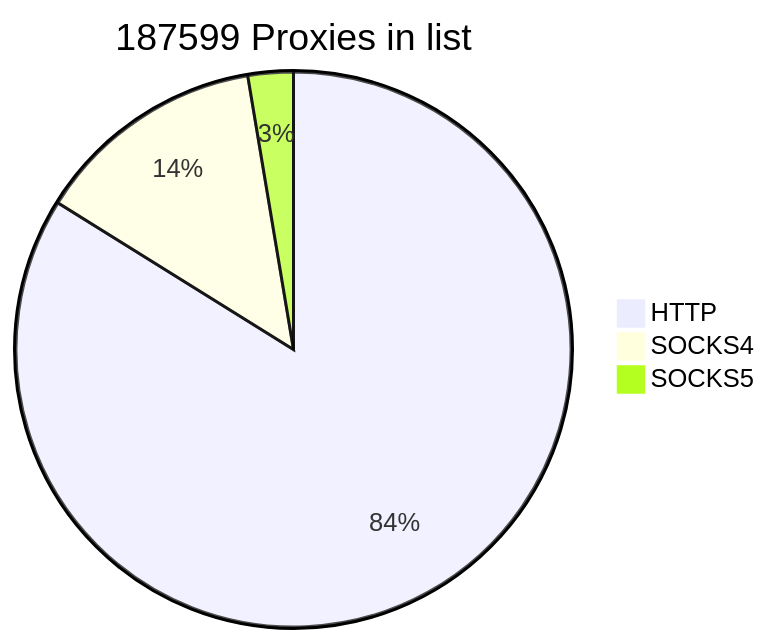
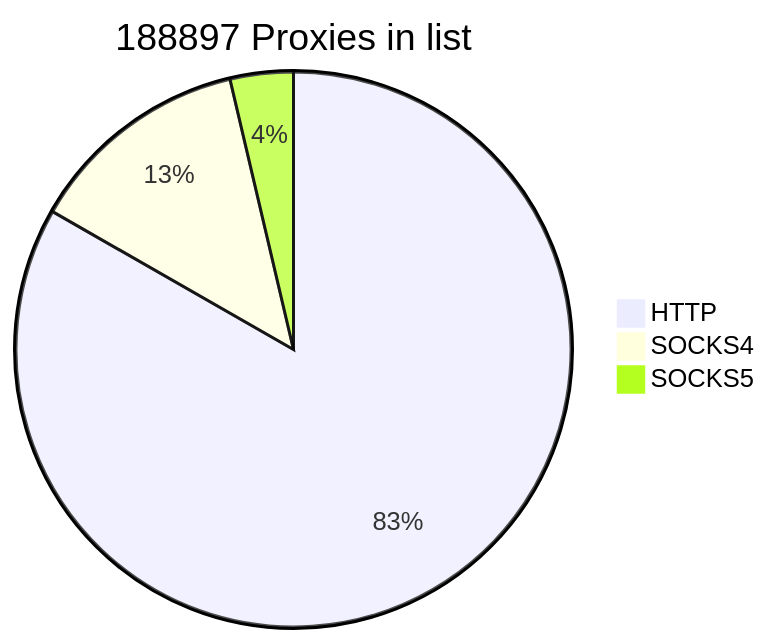
Before and after one commit to cutipu/proxylist: the first of 2 diagrams in README.md, drawn with Mermaid. The commit also changed other lines of this file, not shown here.

````diff
--- a/README.md
+++ b/README.md
@@ -2,7 +2,7 @@
 ```mermaid
-pie title 187599 Proxies in list
-    "HTTP" : 157322
-    "SOCKS4" : 25330
-    "SOCKS5" : 4947
+pie title 188897 Proxies in list
+    "HTTP" : 157300
+    "SOCKS4" : 24659
+    "SOCKS5" : 6938
             
 ```
````
